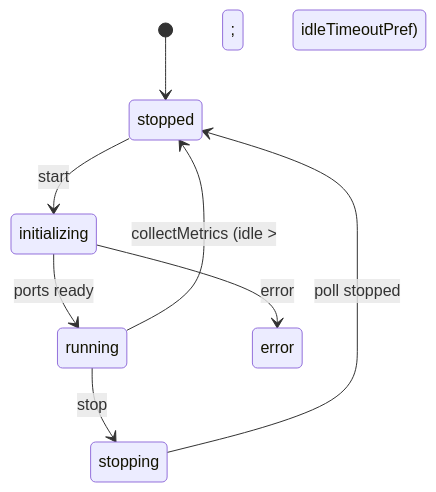
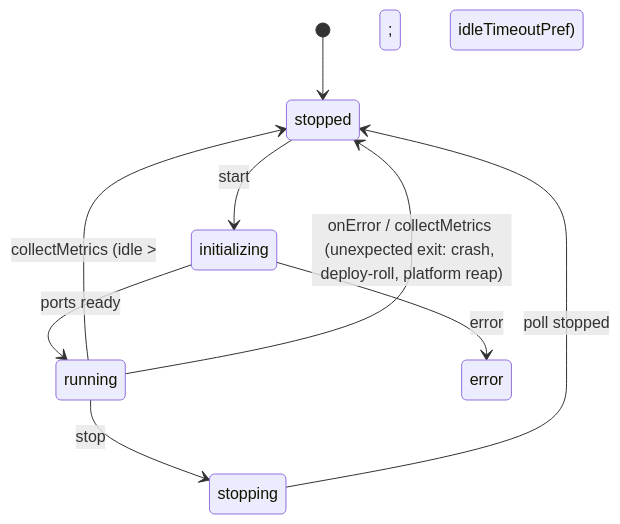
One commit to nikolanovoselec/codeflare changed the fourth of 7 diagrams in documentation/lanes/architecture.md. Above: the diagram before and after it, drawn with Mermaid. The commit also changed other lines of this file and 4 other files, not shown here.

````diff
--- a/documentation/lanes/architecture.md
+++ b/documentation/lanes/architecture.md
@@ -195,10 +204,11 @@
 ```mermaid
 stateDiagram-v2
     [*] --> stopped
     stopped --> initializing : start
     initializing --> running : ports ready
     initializing --> error : error
     running --> stopping : stop
     stopping --> stopped : poll stopped
     running --> stopped : collectMetrics (idle &gt; idleTimeoutPref)
+    running --> stopped : onError / collectMetrics (unexpected exit: crash, deploy-roll, platform reap)
 ```
````
